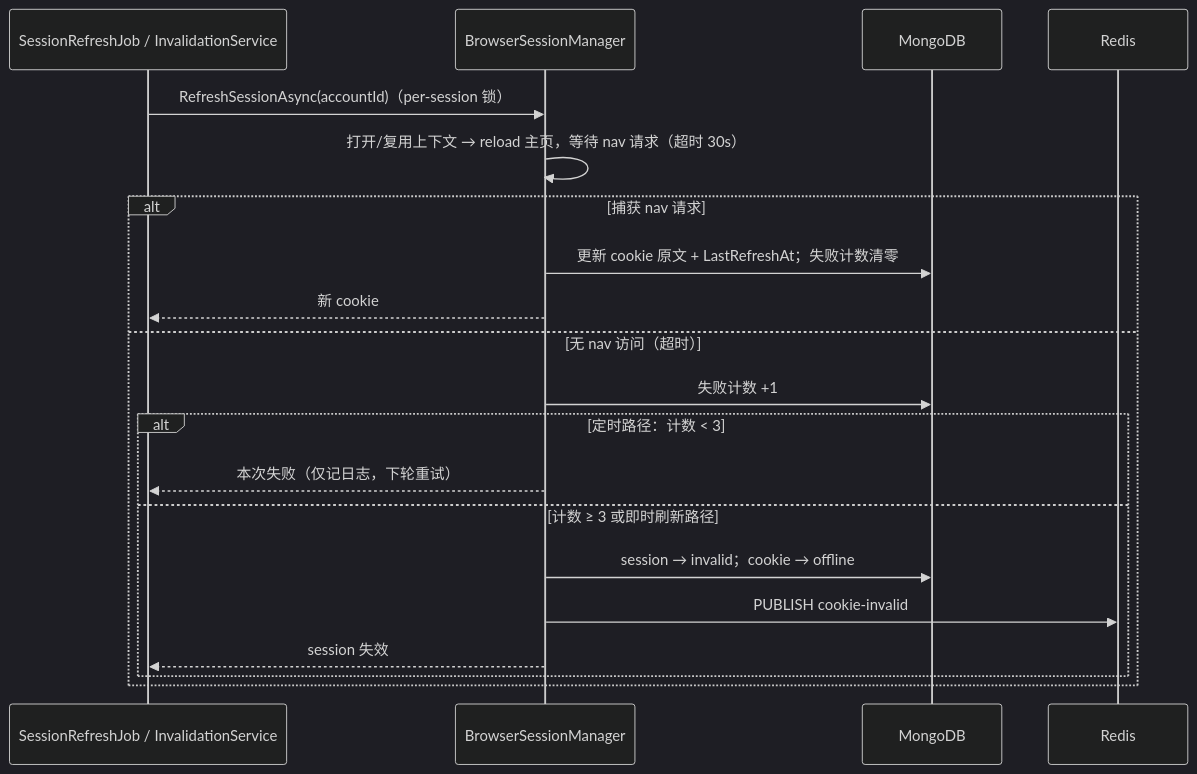
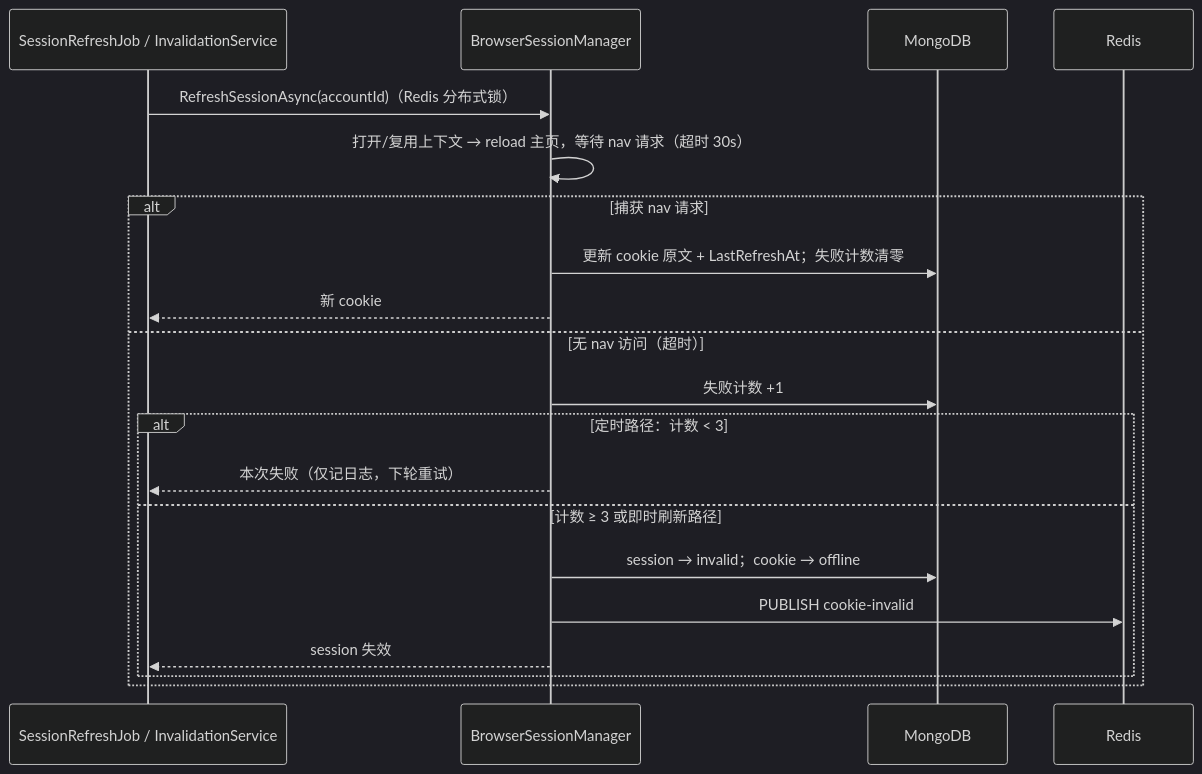
One commit to Deliay/z-vtuber changed the fourth of 4 diagrams in docs/engineering/proposals/20260911-proposal-cookie-service.md. Above: the diagram before and after it, drawn with Mermaid (dark theme). The commit also changed other lines of this file and 1 other file, not shown here.

Commit message:
docs: cookie 服务方案改用 Redis 分布式锁并迁移既有进程内锁

````diff
--- a/docs/engineering/proposals/20260911-proposal-cookie-service.md
+++ b/docs/engineering/proposals/20260911-proposal-cookie-service.md
@@ -221,23 +221,23 @@
 ```mermaid
 sequenceDiagram
     participant Job as SessionRefreshJob / InvalidationService
     participant Mgr as BrowserSessionManager
     participant DB as MongoDB
     participant R as Redis
 
-    Job->>Mgr: RefreshSessionAsync(accountId)（per-session 锁）
+    Job->>Mgr: RefreshSessionAsync(accountId)（Redis 分布式锁）
     Mgr->>Mgr: 打开/复用上下文 → reload 主页，等待 nav 请求（超时 30s）
     alt 捕获 nav 请求
         Mgr->>DB: 更新 cookie 原文 + LastRefreshAt；失败计数清零
         Mgr-->>Job: 新 cookie
     else 无 nav 访问（超时）
         Mgr->>DB: 失败计数 +1
         alt 定时路径：计数 < 3
             Mgr-->>Job: 本次失败（仅记日志，下轮重试）
         else 计数 ≥ 3 或即时刷新路径
             Mgr->>DB: session → invalid；cookie → offline
             Mgr->>R: PUBLISH cookie-invalid
             Mgr-->>Job: session 失效
         end
     end
 ```
````
